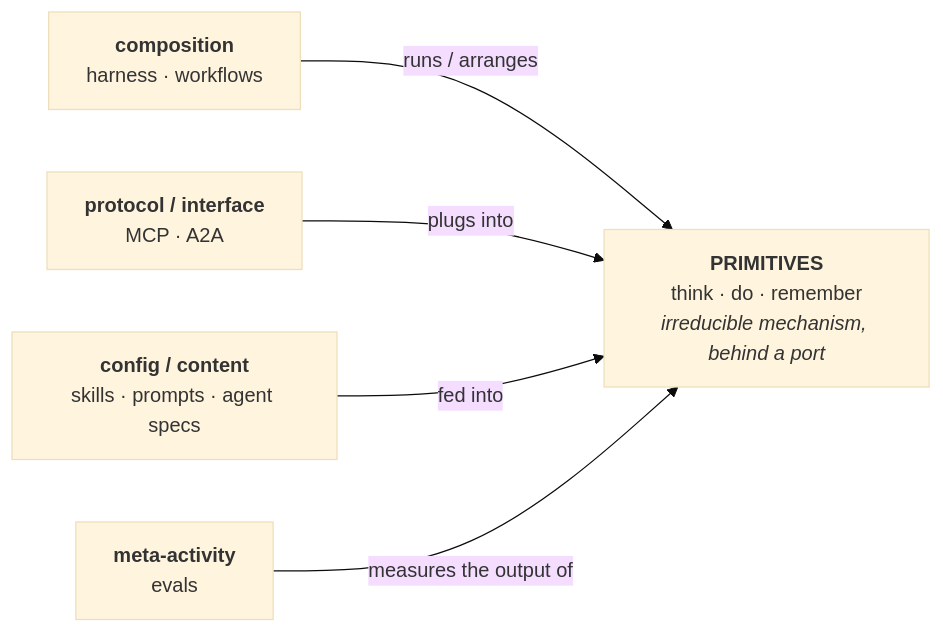
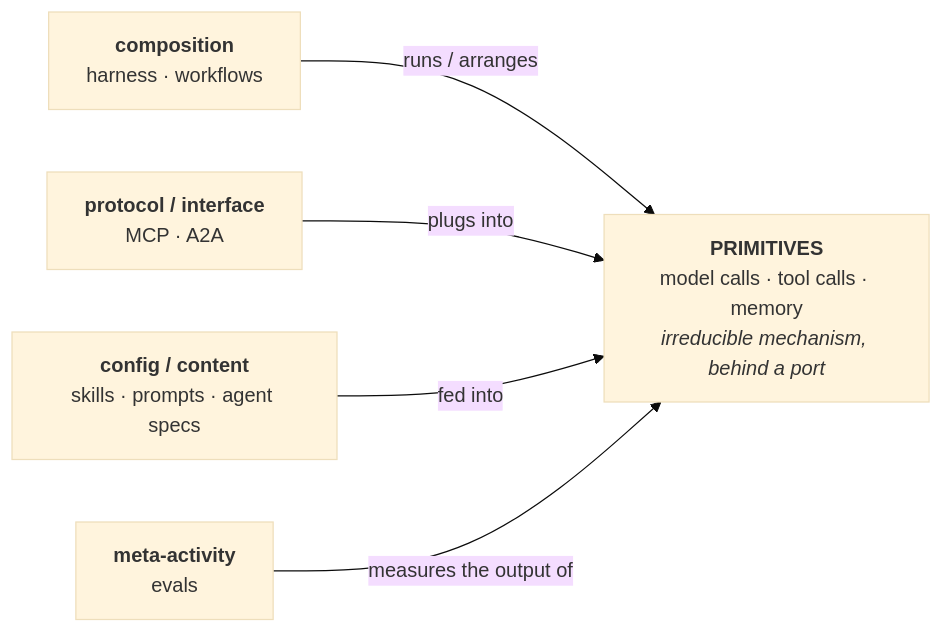
One commit to tilsley/creance changed diagram 15 of 15 in docs/stack-slides.md. Above: the diagram before and after it, drawn with Mermaid (base theme). The commit also changed other lines of this file, not shown here.

First line of the commit message:
docs(slides): replace think/do/remember with concrete model call/tool call/memory throughout

````diff
--- a/docs/stack-slides.md
+++ b/docs/stack-slides.md
@@ -255,7 +255,7 @@
 ```mermaid
 flowchart LR
   COMP["<b>composition</b><br/>harness · workflows"] -->|"runs / arranges"| PRIM
   PROT["<b>protocol / interface</b><br/>MCP · A2A"] -->|"plugs into"| PRIM
   CONF["<b>config / content</b><br/>skills · prompts · agent specs"] -->|"fed into"| PRIM
-  META["<b>meta-activity</b><br/>evals"] -->|"measures the output of"| PRIM["<b>PRIMITIVES</b><br/>think · do · remember<br/><i>irreducible mechanism, behind a port</i>"]
+  META["<b>meta-activity</b><br/>evals"] -->|"measures the output of"| PRIM["<b>PRIMITIVES</b><br/>model calls · tool calls · memory<br/><i>irreducible mechanism, behind a port</i>"]
 ```
````
